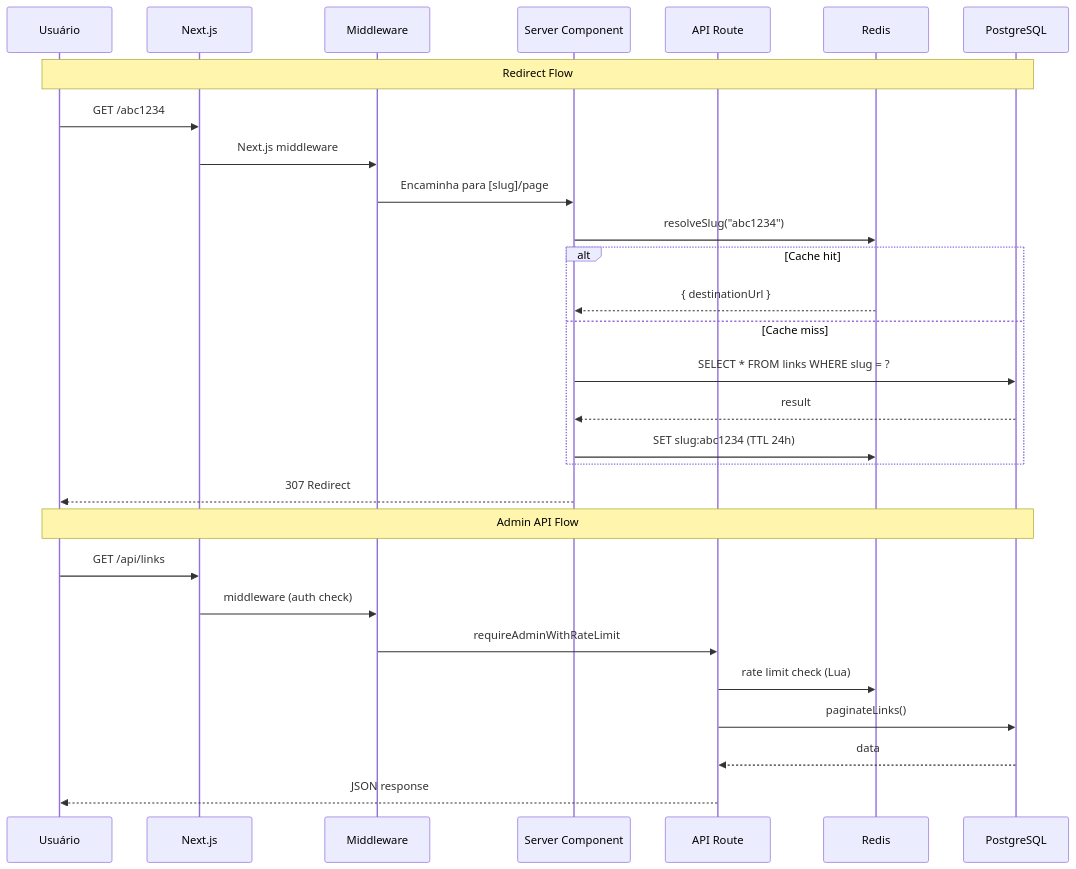
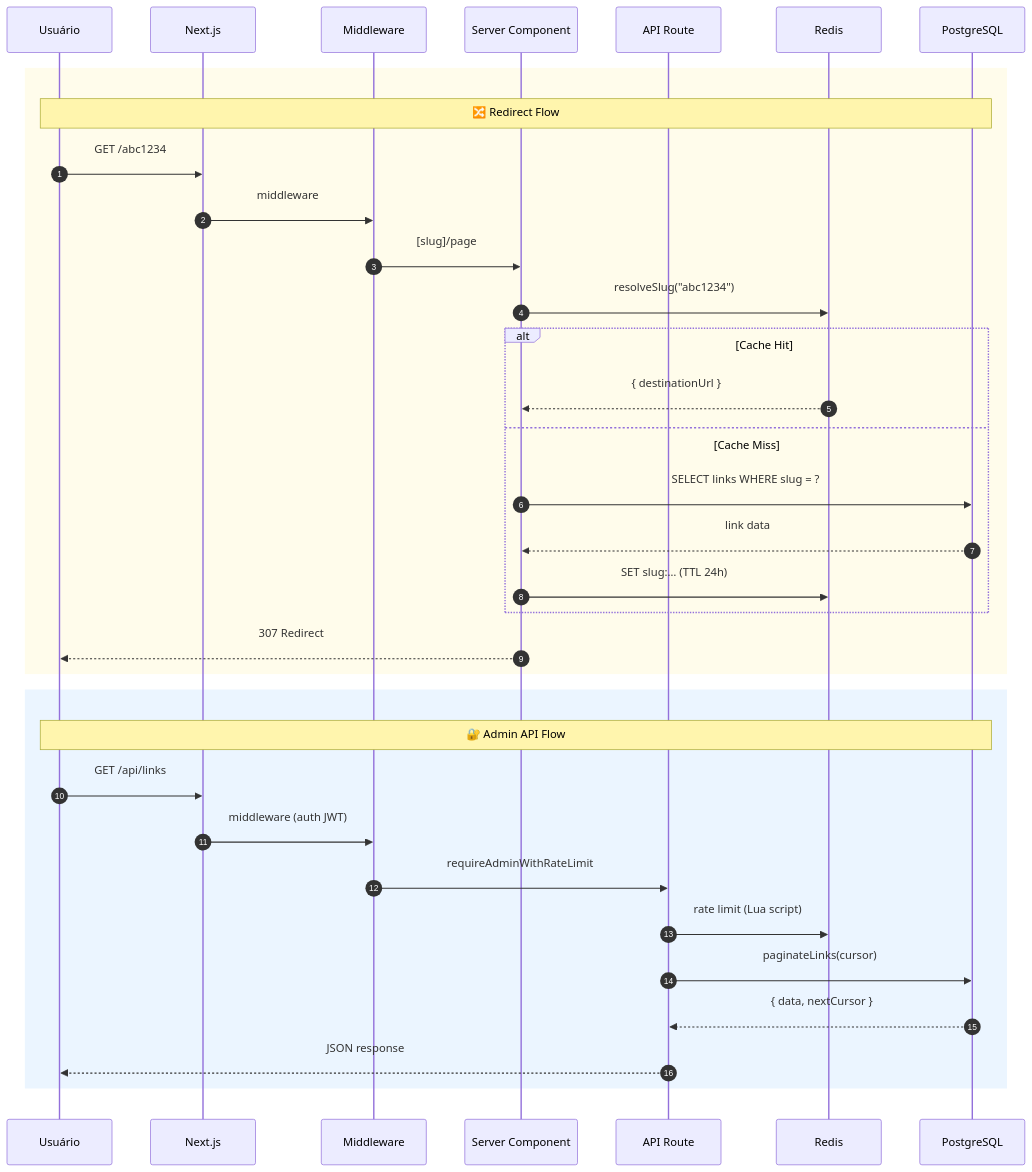
Before and after one commit to eduardoaugustolb/encurtador-url: the second of 2 diagrams in docs/arquitetura.md, drawn with Mermaid. The commit also changed other lines of this file and 3 other files, not shown here.

Commit message:
docs: reorganize mermaid diagrams with spacing, autonumber, and color-coded phases

````diff
--- a/docs/arquitetura.md
+++ b/docs/arquitetura.md
@@ -66,33 +72,42 @@
 ```mermaid
+%%{init: {'sequence': {'actorMargin': 55, 'boxMargin': 22}}}%%
 sequenceDiagram
+    autonumber
     participant U as Usuário
     participant N as Next.js
     participant MW as Middleware
     participant SC as Server Component
     participant API as API Route
     participant R as Redis
     participant P as PostgreSQL
 
-    Note over U,P: Redirect Flow
-    U->>N: GET /abc1234
-    N->>MW: Next.js middleware
-    MW->>SC: Encaminha para [slug]/page
-    SC->>R: resolveSlug("abc1234")
-    alt Cache hit
-        R-->>SC: { destinationUrl }
-    else Cache miss
-        SC->>P: SELECT * FROM links WHERE slug = ?
-        P-->>SC: result
-        SC->>R: SET slug:abc1234 (TTL 24h)
+    rect rgb(255, 252, 235)
+        Note over U,P: 🔀 Redirect Flow
+        U->>N: GET /abc1234
+        N->>MW: middleware
+        MW->>SC: [slug]/page
+
+        SC->>R: resolveSlug("abc1234")
+        alt Cache Hit
+            R-->>SC: { destinationUrl }
+        else Cache Miss
+            SC->>P: SELECT links WHERE slug = ?
+            P-->>SC: link data
+            SC->>R: SET slug:… (TTL 24h)
+        end
+
+        SC-->>U: 307 Redirect
     end
-    SC-->>U: 307 Redirect
 
-    Note over U,P: Admin API Flow
-    U->>N: GET /api/links
-    N->>MW: middleware (auth check)
-    MW->>API: requireAdminWithRateLimit
-    API->>R: rate limit check (Lua)
-    API->>P: paginateLinks()
-    P-->>API: data
-    API-->>U: JSON response
+    rect rgb(235, 245, 255)
+        Note over U,P: 🔐 Admin API Flow
+        U->>N: GET /api/links
+        N->>MW: middleware (auth JWT)
+        MW->>API: requireAdminWithRateLimit
+
+        API->>R: rate limit (Lua script)
+        API->>P: paginateLinks(cursor)
+        P-->>API: { data, nextCursor }
+        API-->>U: JSON response
+    end
 ```
````
